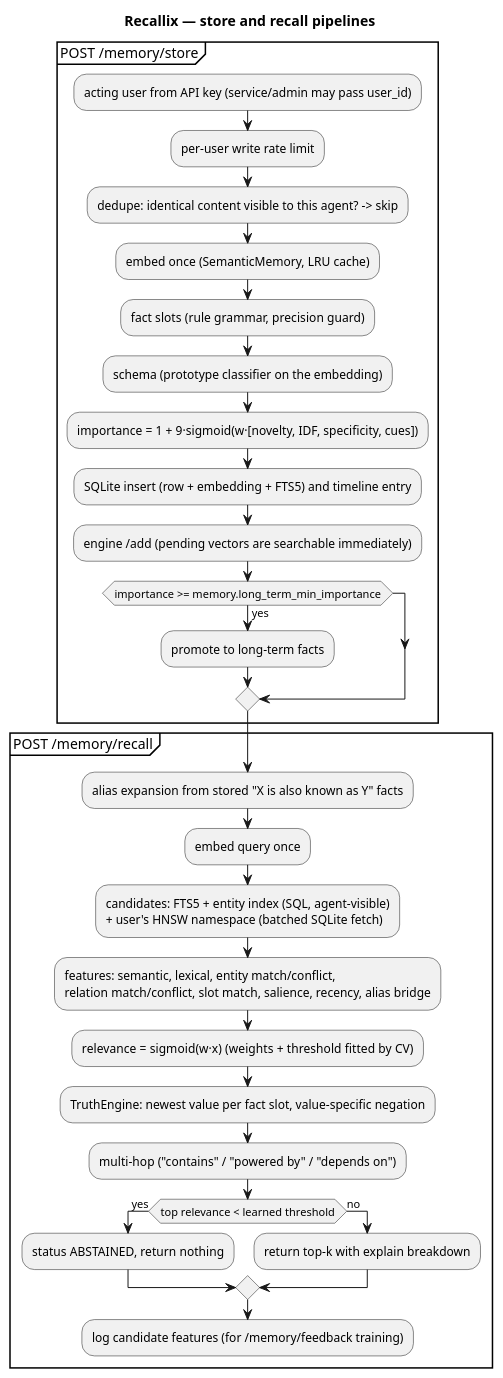
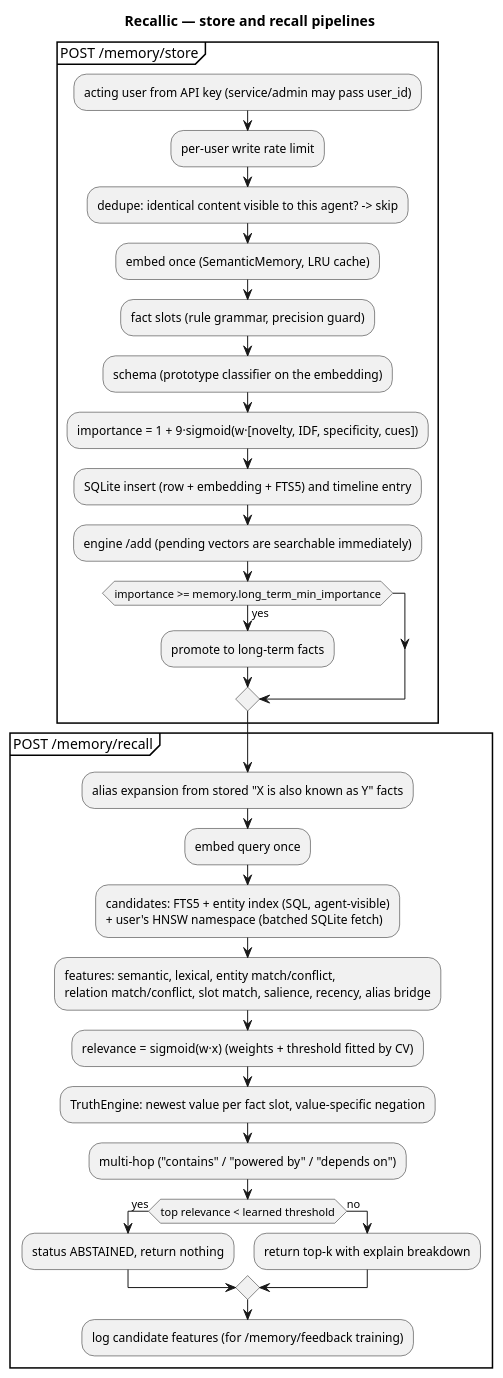
One commit to AyishikD/Recallix changed the diagram in docs/architecture_technical_depth.puml. Above: the diagram before and after it, drawn with PlantUML. The commit also changed 146 other files, not shown here.

```diff
--- a/docs/architecture_technical_depth.puml
+++ b/docs/architecture_technical_depth.puml
@@ -1,35 +1,35 @@
 @startuml Technical_Depth
-title Recallix — store and recall pipelines
+title Recallic — store and recall pipelines
 
 partition "POST /memory/store" {
   :acting user from API key (service/admin may pass user_id);
   :per-user write rate limit;
   :dedupe: identical content visible to this agent? -> skip;
   :embed once (SemanticMemory, LRU cache);
   :fact slots (rule grammar, precision guard);
   :schema (prototype classifier on the embedding);
   :importance = 1 + 9·sigmoid(w·[novelty, IDF, specificity, cues]);
   :SQLite insert (row + embedding + FTS5) and timeline entry;
   :engine /add (pending vectors are searchable immediately);
   if (importance >= memory.long_term_min_importance) then (yes)
     :promote to long-term facts;
   endif
 }
 
 partition "POST /memory/recall" {
   :alias expansion from stored "X is also known as Y" facts;
   :embed query once;
   :candidates: FTS5 + entity index (SQL, agent-visible)\n+ user's HNSW namespace (batched SQLite fetch);
   :features: semantic, lexical, entity match/conflict,\nrelation match/conflict, slot match, salience, recency, alias bridge;
   :relevance = sigmoid(w·x)  (weights + threshold fitted by CV);
   :TruthEngine: newest value per fact slot, value-specific negation;
   :multi-hop ("contains" / "powered by" / "depends on");
   if (top relevance < learned threshold) then (yes)
     :status ABSTAINED, return nothing;
   else (no)
     :return top-k with explain breakdown;
   endif
   :log candidate features (for /memory/feedback training);
 }
 
 @enduml
```
